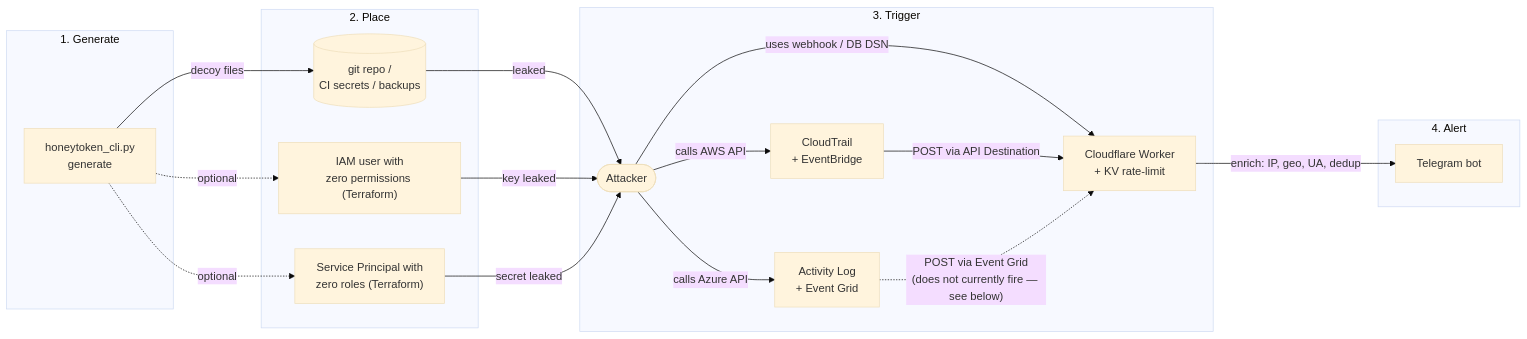
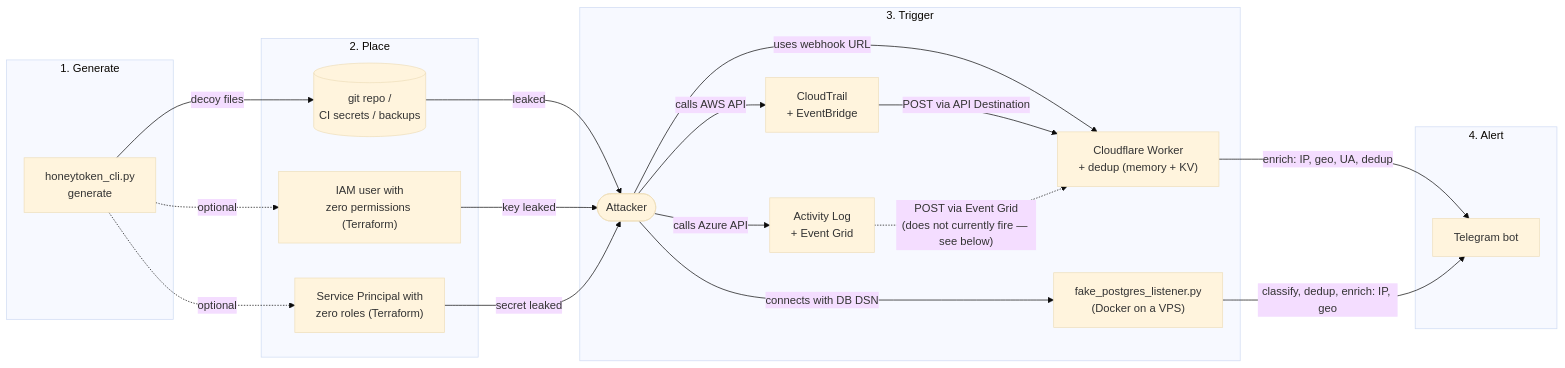
One commit to dblanko/honeytoken-ecosystem changed the diagram in README.md. Above: the diagram before and after it, drawn with Mermaid (base theme). The commit also changed other lines of this file and 4 other files, not shown here.

Commit message:
DB listener and Worker hardening; README update

````diff
--- a/README.md
+++ b/README.md
@@ -52,36 +52,39 @@
 ```mermaid
 flowchart LR
     subgraph Gen["1. Generate"]
         CLI["honeytoken_cli.py<br/>generate"]
     end
 
     subgraph Deploy["2. Place"]
         Repo[("git repo /<br/>CI secrets / backups")]
         AWSUser["IAM user with<br/>zero permissions (Terraform)"]
         AzureSP["Service Principal with<br/>zero roles (Terraform)"]
     end
 
     subgraph Trigger["3. Trigger"]
         Attacker(["Attacker"])
-        Worker["Cloudflare Worker<br/>+ KV rate-limit"]
+        Worker["Cloudflare Worker<br/>+ dedup (memory + KV)"]
+        Listener["fake_postgres_listener.py<br/>(Docker on a VPS)"]
         CT["CloudTrail<br/>+ EventBridge"]
         AL["Activity Log<br/>+ Event Grid"]
     end
 
     subgraph Alert["4. Alert"]
         TG["Telegram bot"]
     end
 
     CLI -->|"decoy files"| Repo
     CLI -.->|"optional"| AWSUser
     CLI -.->|"optional"| AzureSP
     Repo -->|"leaked"| Attacker
     AWSUser -->|"key leaked"| Attacker
     AzureSP -->|"secret leaked"| Attacker
-    Attacker -->|"uses webhook / DB DSN"| Worker
+    Attacker -->|"uses webhook URL"| Worker
+    Attacker -->|"connects with DB DSN"| Listener
     Attacker -->|"calls AWS API"| CT
     Attacker -->|"calls Azure API"| AL
     CT -->|"POST via API Destination"| Worker
     AL -.->|"POST via Event Grid<br/>(does not currently fire — see below)"| Worker
     Worker -->|"enrich: IP, geo, UA, dedup"| TG
+    Listener -->|"classify, dedup, enrich: IP, geo"| TG
 ```
````
